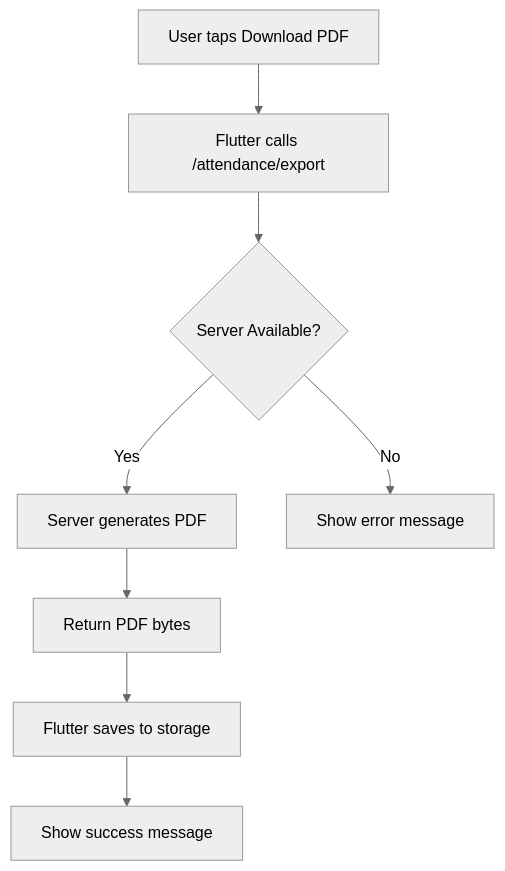
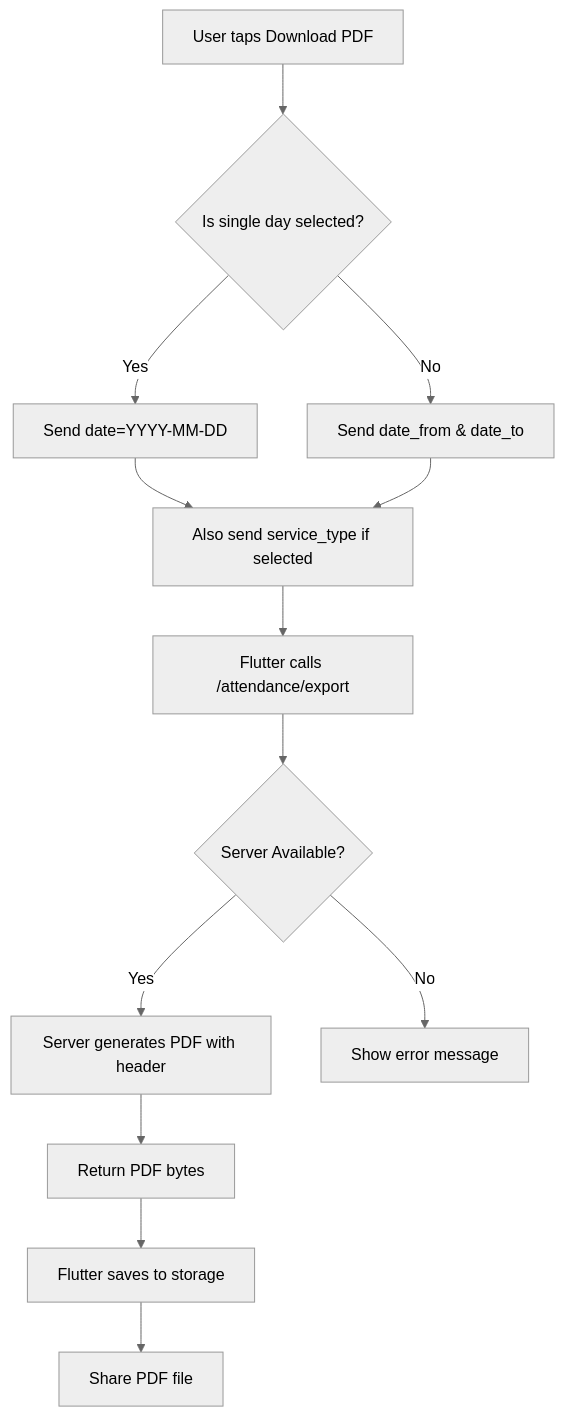
The diagram in pdf_export_plan.md (Mocca-flames/church_backend_mvp), drawn with Mermaid (neutral theme) before and after one commit. The commit also changed other lines of this file and 7 other files, not shown here.

Commit message:
PDF Header and Service Type Updates

````diff
--- a/pdf_export_plan.md
+++ b/pdf_export_plan.md
@@ -298,10 +255,15 @@
 ```mermaid
 graph TD
-    A[User taps Download PDF] --> B[Flutter calls /attendance/export]
-    B --> C{Server Available?}
-    C -->|Yes| D[Server generates PDF]
-    C -->|No| E[Show error message]
-    D --> F[Return PDF bytes]
-    F --> G[Flutter saves to storage]
-    G --> H[Show success message]
+    A[User taps Download PDF] --> B{Is single day selected?}
+    B -->|Yes| C[Send date=YYYY-MM-DD]
+    B -->|No| D[Send date_from & date_to]
+    C --> E[Also send service_type if selected]
+    D --> E
+    E --> F[Flutter calls /attendance/export]
+    F --> G{Server Available?}
+    G -->|Yes| H[Server generates PDF with header]
+    G -->|No| I[Show error message]
+    H --> J[Return PDF bytes]
+    J --> K[Flutter saves to storage]
+    K --> L[Share PDF file]
 ```
````
